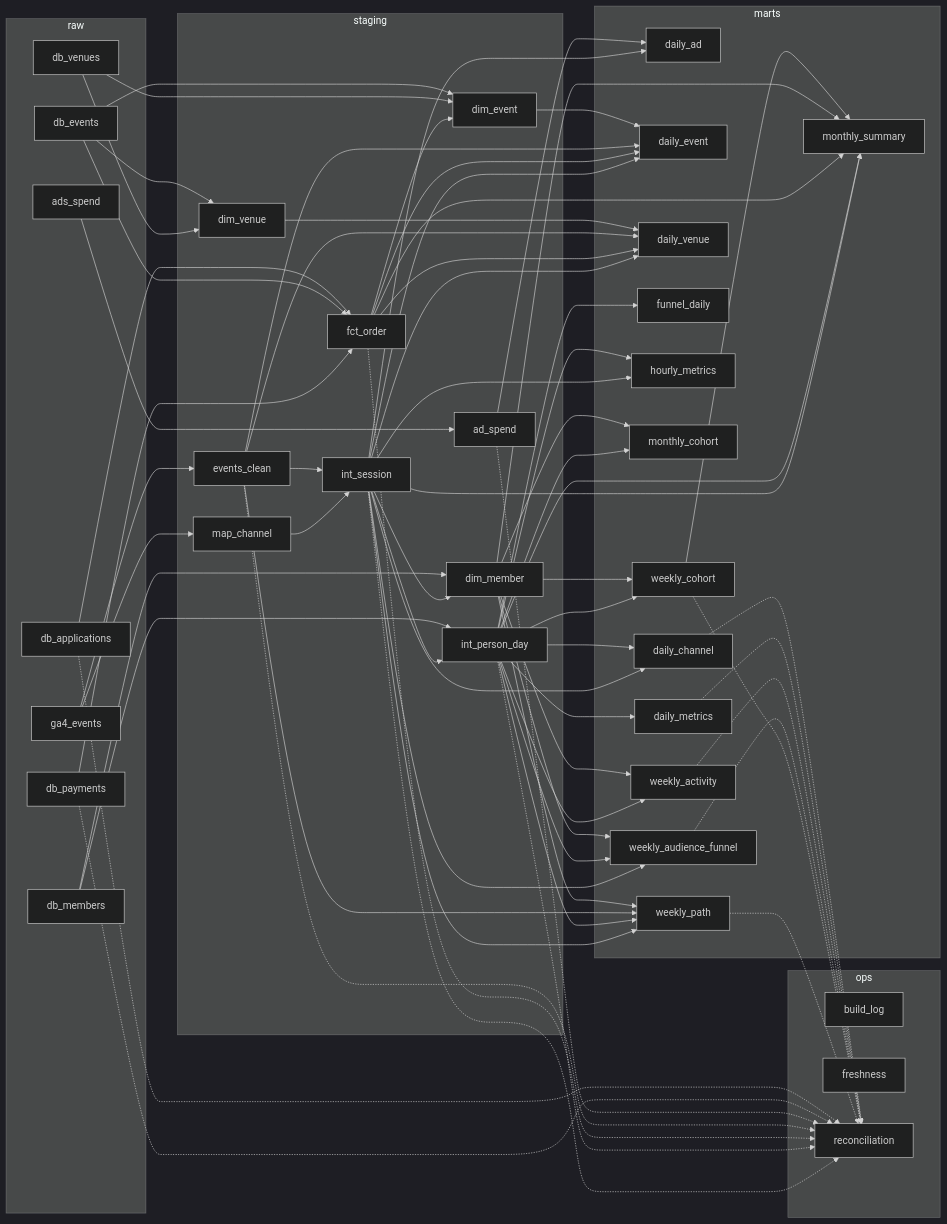
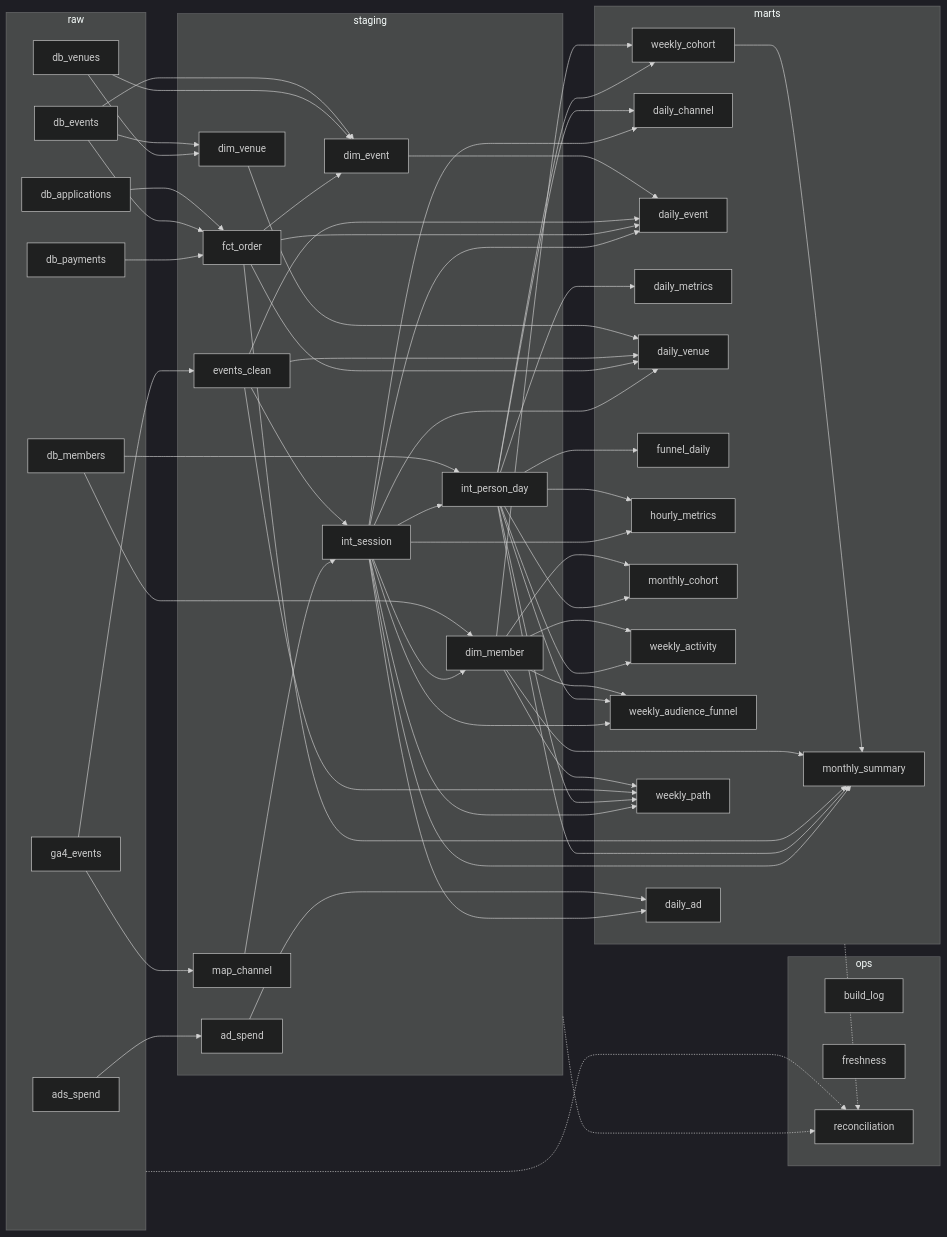
The diagram in bigquery/README.md (youuuchul/nightpulse-analytics), drawn with Mermaid (dark theme) before and after one commit. The commit also changed other lines of this file and 19 other files, not shown here.

````diff
--- a/bigquery/README.md
+++ b/bigquery/README.md
@@ -176,17 +176,7 @@
   staging_events_clean --> marts_weekly_path
   staging_int_person_day --> marts_weekly_path
   staging_int_session --> marts_weekly_path
-  marts_daily_channel -.-> ops_reconciliation
-  marts_daily_metrics -.-> ops_reconciliation
-  marts_weekly_activity -.-> ops_reconciliation
-  marts_weekly_audience_funnel -.-> ops_reconciliation
-  marts_weekly_cohort -.-> ops_reconciliation
-  marts_weekly_path -.-> ops_reconciliation
-  raw_db_applications -.-> ops_reconciliation
-  raw_db_payments -.-> ops_reconciliation
-  staging_ad_spend -.-> ops_reconciliation
-  staging_events_clean -.-> ops_reconciliation
-  staging_fct_order -.-> ops_reconciliation
-  staging_int_person_day -.-> ops_reconciliation
-  staging_int_session -.-> ops_reconciliation
+  raw -.-> ops_reconciliation
+  staging -.-> ops_reconciliation
+  marts -.-> ops_reconciliation
 ```
````
